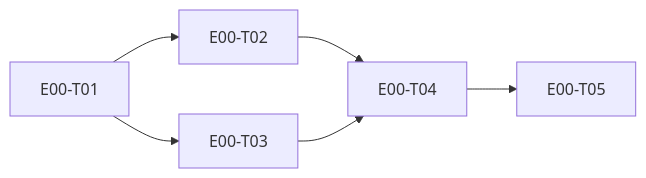
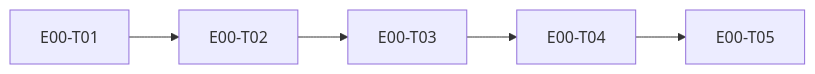
The second of 2 diagrams in workspace/epics/E00-genesis/epic.md (nuhin13/Workflow), drawn with Mermaid before and after one commit. The commit also changed other lines of this file and 8 other files, not shown here.

Commit message:
docs(dev-plan): clarify E00 task dependencies and update integration flow

````diff
--- a/workspace/epics/E00-genesis/epic.md
+++ b/workspace/epics/E00-genesis/epic.md
@@ -176,8 +176,7 @@
 ```mermaid
 graph LR
   T01[E00-T01] --> T02[E00-T02]
-  T01 --> T03[E00-T03]
-  T02 --> T04[E00-T04]
-  T03 --> T04
+  T02 --> T03[E00-T03]
+  T03 --> T04[E00-T04]
   T04 --> T05[E00-T05]
 ```
````
